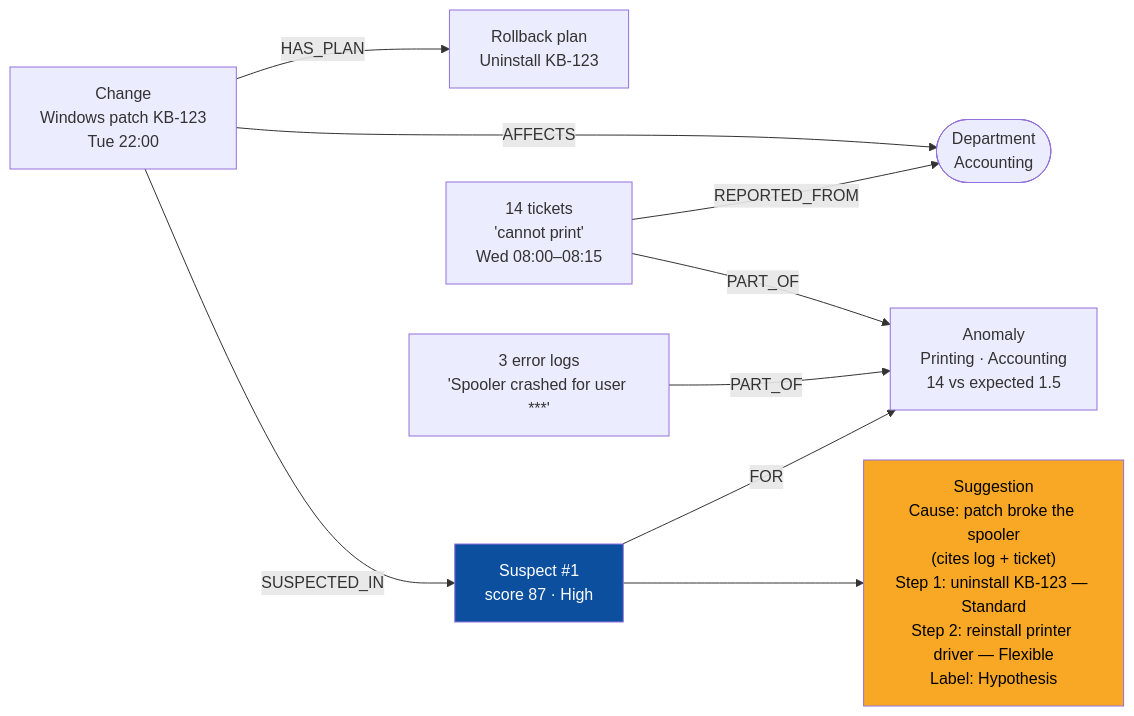
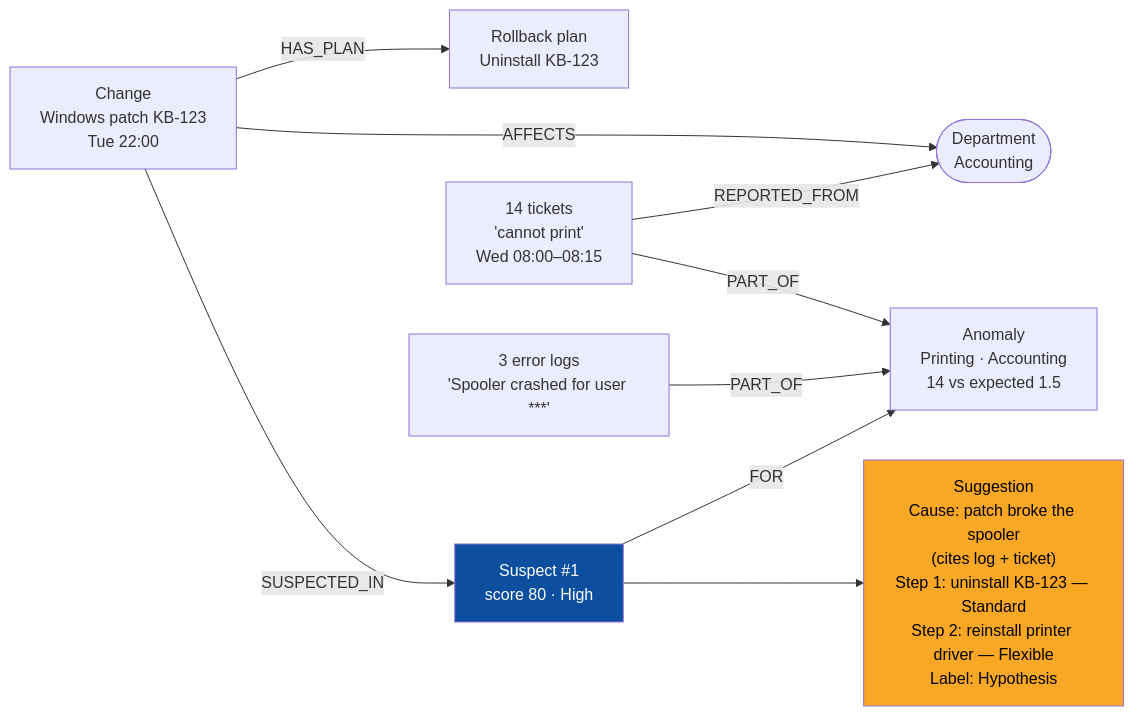
Before and after one commit to DuykoNgu/practise: the third of 3 diagrams in docs/architecture/ai-pipeline.md, drawn with Mermaid. The commit also changed 5 other files, not shown here.

````diff
--- a/docs/architecture/ai-pipeline.md
+++ b/docs/architecture/ai-pipeline.md
@@ -191,23 +191,23 @@
 ```mermaid
 flowchart LR
     patch["Change<br/>Windows patch KB-123<br/>Tue 22:00"]
     acc(["Department<br/>Accounting"])
     rb["Rollback plan<br/>Uninstall KB-123"]
     t["14 tickets<br/>'cannot print'<br/>Wed 08:00–08:15"]
     l["3 error logs<br/>'Spooler crashed for user ***'"]
     an["Anomaly<br/>Printing · Accounting<br/>14 vs expected 1.5"]
-    sp["Suspect #1<br/>score 87 · High"]
+    sp["Suspect #1<br/>score 80 · High"]
     out["Suggestion<br/>Cause: patch broke the spooler<br/>(cites log + ticket)<br/>Step 1: uninstall KB-123 — Standard<br/>Step 2: reinstall printer driver — Flexible<br/>Label: Hypothesis"]
 
     patch -- "AFFECTS" --> acc
     patch -- "HAS_PLAN" --> rb
     t -- "REPORTED_FROM" --> acc
     t -- "PART_OF" --> an
     l -- "PART_OF" --> an
     patch -- "SUSPECTED_IN" --> sp
     sp -- "FOR" --> an
     sp --> out
 
     style sp fill:#0b4f9e,color:#fff
     style out fill:#f9a825,color:#000
 ```
````
